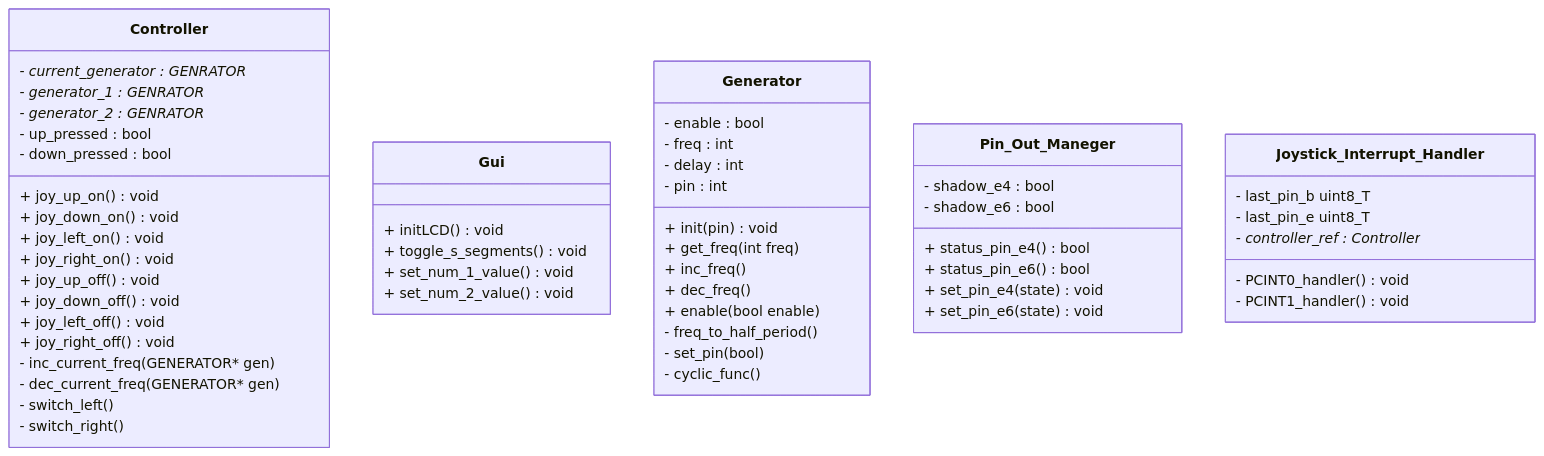
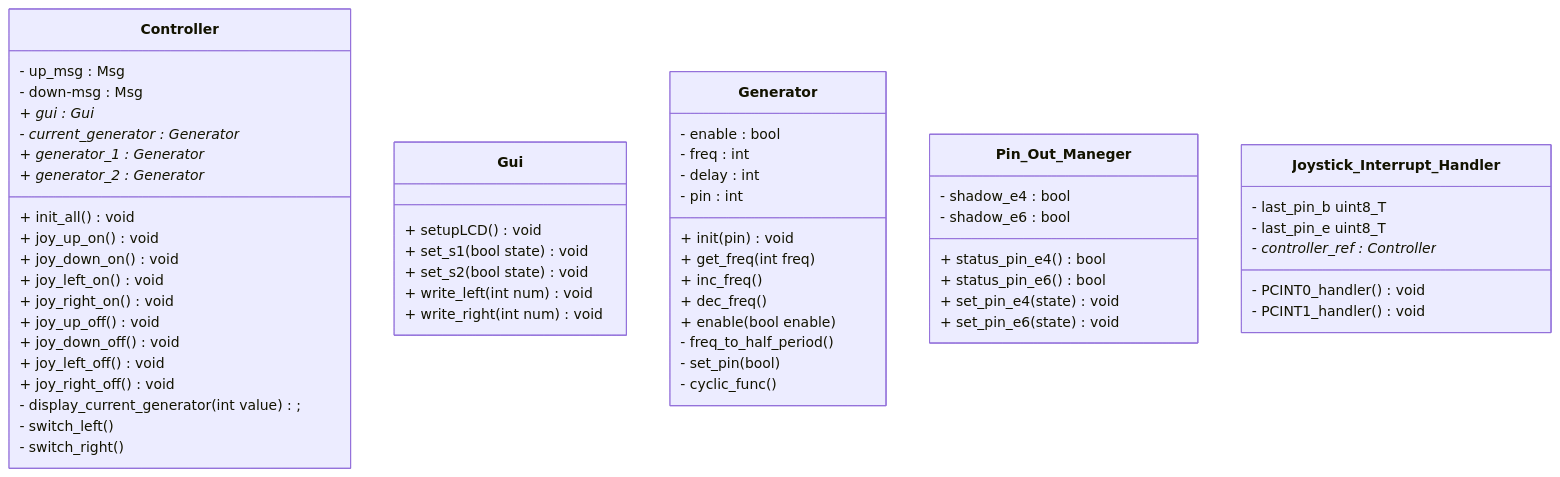
Before and after one commit to Spooky-Firefox/d0003e-lab-4: the diagram in readme.md, drawn with Mermaid. The commit also changed other lines of this file, not shown here.

Commit message:
added explanation for Gui

````diff
--- a/readme.md
+++ b/readme.md
@@ -18,63 +18,68 @@
 ```mermaid
 classDiagram
 
     class Controller {
-        - current_generator : GENRATOR *
-        - generator_1 : GENRATOR *
-        - generator_2 : GENRATOR *
-        - up_pressed : bool
-        - down_pressed : bool
+        - up_msg : Msg
+        - down-msg : Msg
+
+        + gui : Gui *
+
+        - current_generator : Generator *
+        + generator_1 : Generator *
+        + generator_2 : Generator *
+
+        + init_all() void
 
         + joy_up_on() void
         + joy_down_on() void
         + joy_left_on() void
         + joy_right_on() void
         + joy_up_off() void
         + joy_down_off() void
         + joy_left_off() void
         + joy_right_off() void
-        - inc_current_freq(GENERATOR* gen)
-        - dec_current_freq(GENERATOR* gen)
+        - display_current_generator(int value);
         - switch_left()
         - switch_right()
     }
     
     class Gui{
-        + initLCD() void
-        + toggle_s_segments() void
-        + set_num_1_value() void
-        + set_num_2_value() void
+        + setupLCD() void
+        + set_s1(bool state) void
+        + set_s2(bool state) void
+        + write_left(int num) void
+        + write_right(int num) void
     }
 
     class Generator {
         - enable : bool
         - freq : int
         - delay : int
         - pin : int
         + init(pin) void
         + get_freq(int freq)
         + inc_freq()
         + dec_freq()
         + enable(bool enable)
         - freq_to_half_period()
         - set_pin(bool)
         - cyclic_func()
     }
 
     class Pin_Out_Maneger {
         - shadow_e4 : bool
         - shadow_e6 : bool
         + status_pin_e4() bool
         + status_pin_e6() bool
         + set_pin_e4(state) void
         + set_pin_e6(state) void
     }
 
     class Joystick_Interrupt_Handler {
         - last_pin_b uint8_T
         - last_pin_e uint8_T
         - controller_ref : Controller*
         - PCINT0_handler() void
         - PCINT1_handler() void
     }
 ```
````
